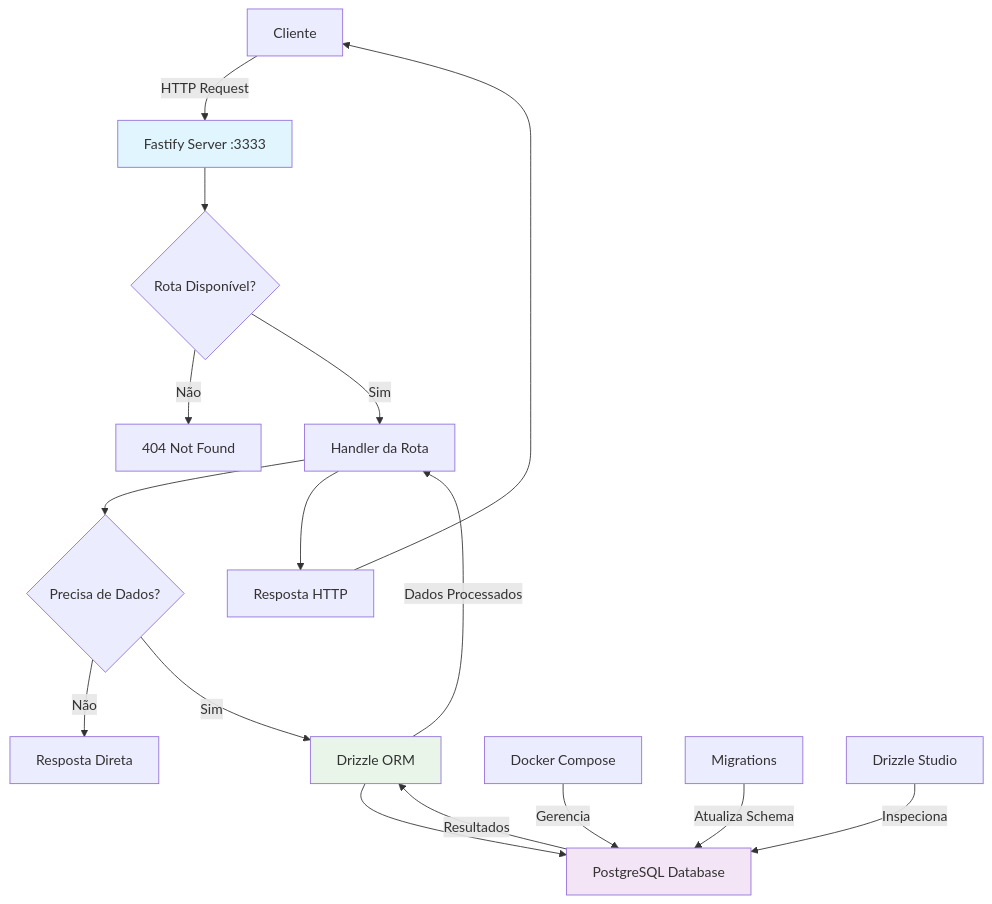
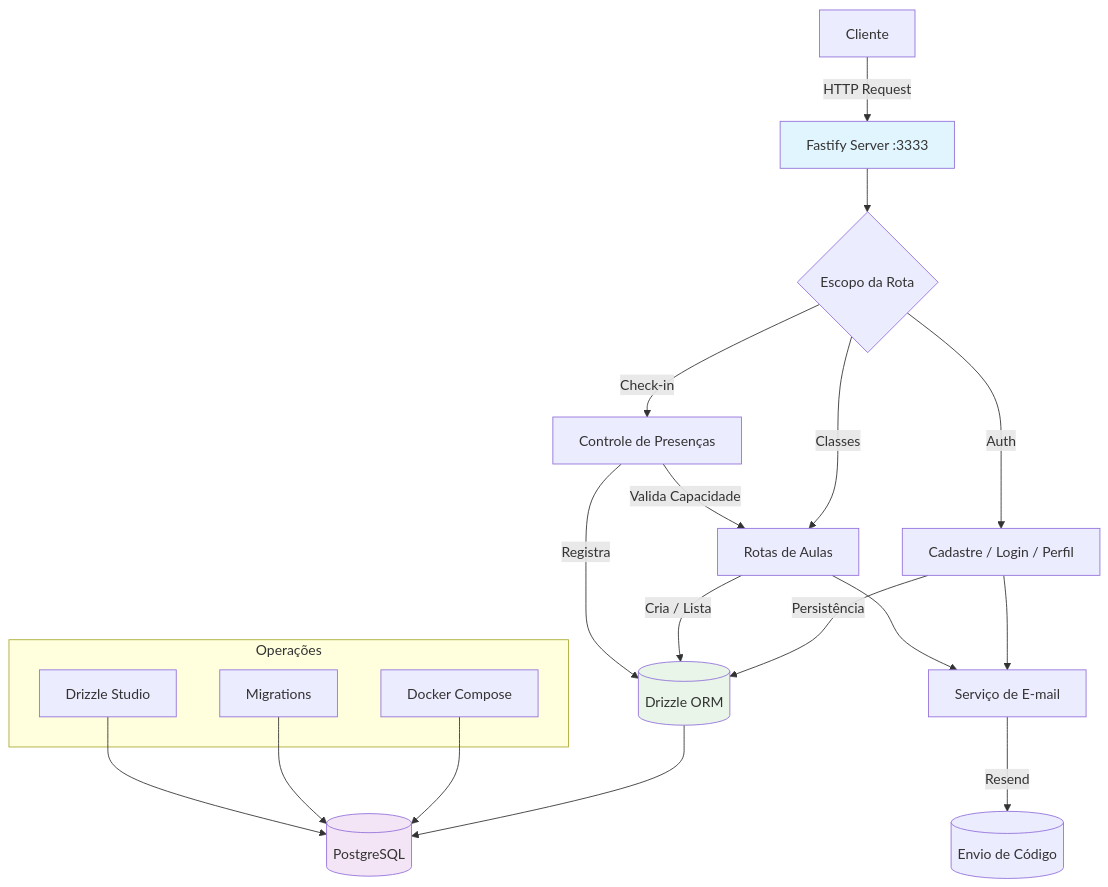
The first of 2 diagrams in README.md (lhenriquedev/another-backend), drawn with Mermaid before and after one commit. The commit also changed other lines of this file, not shown here.

Commit message:
feat: att readme

````diff
--- a/README.md
+++ b/README.md
@@ -7,23 +7,35 @@
 ```mermaid
 graph TD
     A[Cliente] -->|HTTP Request| B[Fastify Server :3333]
-    B --> C{Rota Disponível?}
-    C -->|Não| D[404 Not Found]
-    C -->|Sim| E[Handler da Rota]
-    E --> F{Precisa de Dados?}
-    F -->|Não| G[Resposta Direta]
-    F -->|Sim| H[Drizzle ORM]
-    H --> I[PostgreSQL Database]
-    I -->|Resultados| H
-    H -->|Dados Processados| E
-    E --> J[Resposta HTTP]
-    J --> A
-    
-    K[Docker Compose] -->|Gerencia| I
-    L[Migrations] -->|Atualiza Schema| I
-    M[Drizzle Studio] -->|Inspeciona| I
-    
+    B --> C{Escopo da Rota}
+
+    C -->|Auth| D[Cadastre / Login / Perfil]
+    D -->|Persistência| H[(Drizzle ORM)]
+
+    C -->|Classes| E[Rotas de Aulas]
+    E -->|Cria / Lista| H
+
+    C -->|Check-in| F[Controle de Presenças]
+    F -->|Valida Capacidade| E
+    F -->|Registra| H
+
+    D --> G[Serviço de E-mail]
+    E --> G
+    G -->|Resend| J[(Envio de Código)]
+
+    H --> I[(PostgreSQL)]
+
+    subgraph Operações
+        K[Docker Compose]
+        L[Migrations]
+        M[Drizzle Studio]
+    end
+
+    K --> I
+    L --> I
+    M --> I
+
     style B fill:#e1f5fe
+    style H fill:#e8f5e8
     style I fill:#f3e5f5
-    style H fill:#e8f5e8
 ```
````
